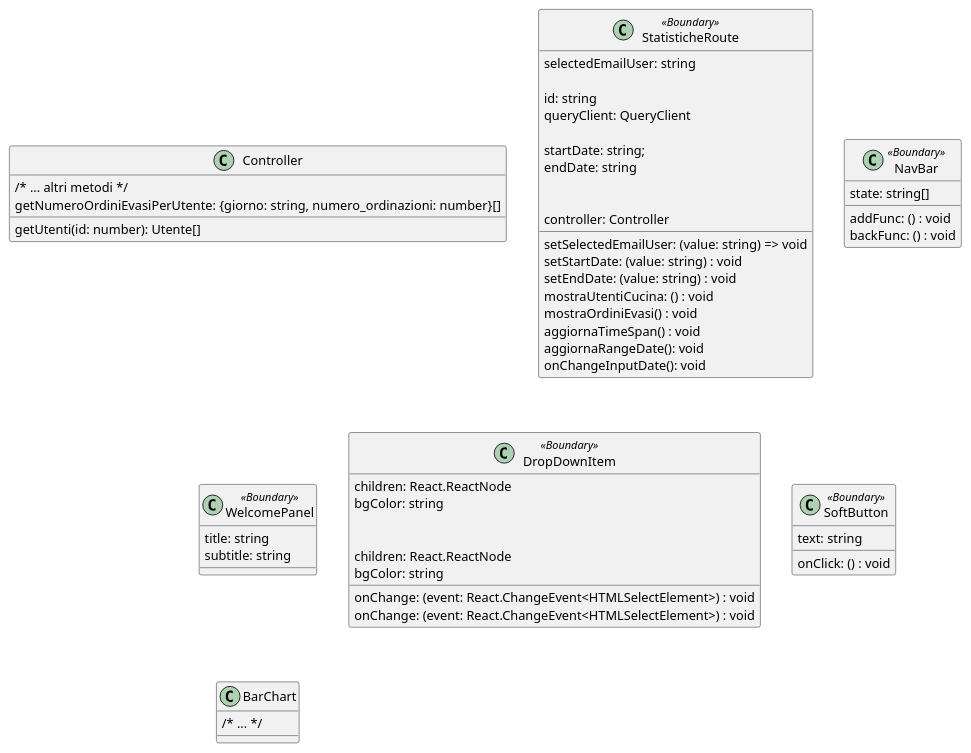
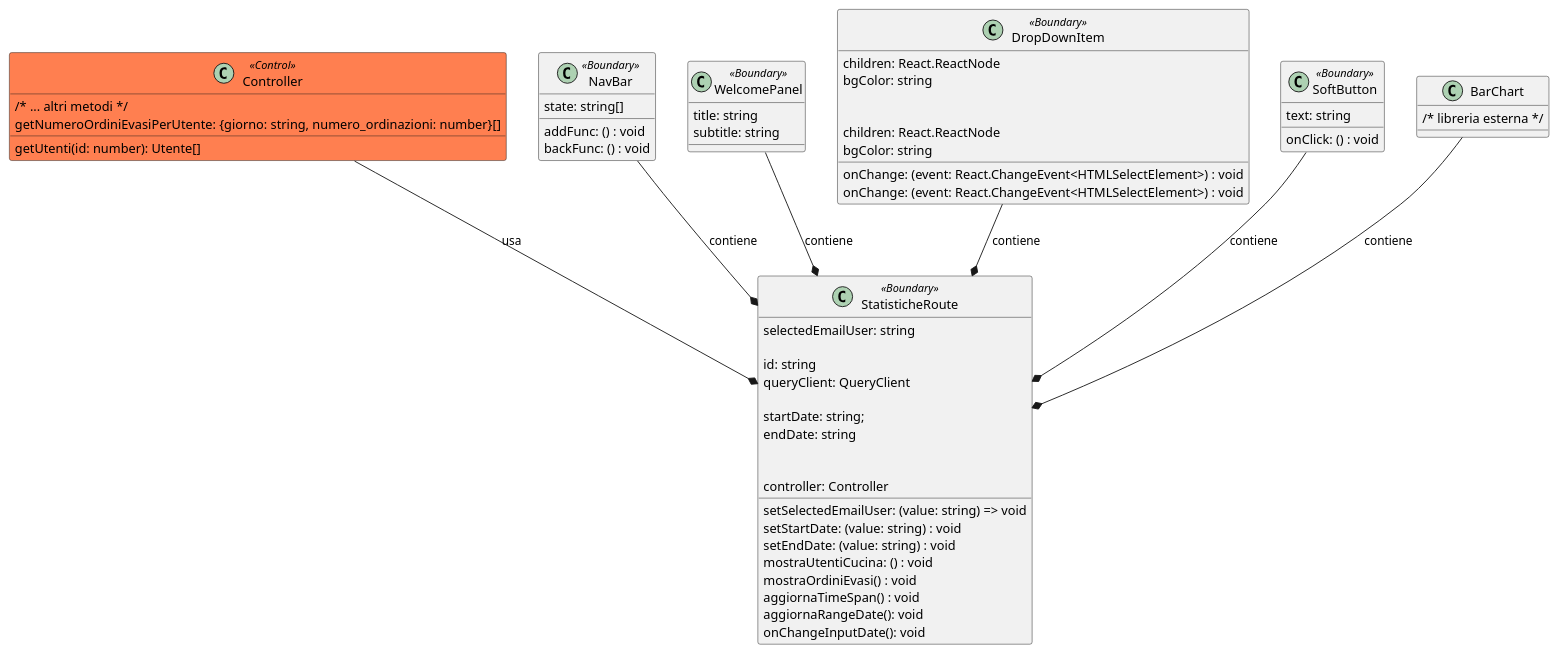
The diagram in diagrams/PUML/routes/Statistiche.puml (macro21KGB/Esame-INGSW-22-23), drawn with PlantUML before and after one commit. The commit also changed 5 other files, not shown here.

```diff
--- a/diagrams/PUML/routes/Statistiche.puml
+++ b/diagrams/PUML/routes/Statistiche.puml
@@ -1,76 +1,84 @@
 @startuml Statistiche
 
-class Controller {
+class Controller <<Control>> #coral {
     /* ... altri metodi */
     getUtenti(id: number): Utente[]
     getNumeroOrdiniEvasiPerUtente: {giorno: string, numero_ordinazioni: number}[]
 
 }
 
 class StatisticheRoute <<Boundary>> {
   selectedEmailUser: string
   setSelectedEmailUser: (value: string) => void
 
   id: string
   queryClient: QueryClient
 
   startDate: string;
   endDate: string
 
   setStartDate: (value: string) : void
   setEndDate: (value: string) : void
 
   controller: Controller
 
   mostraUtentiCucina: () : void
   mostraOrdiniEvasi() : void
   aggiornaTimeSpan() : void
   aggiornaRangeDate(): void
   onChangeInputDate(): void
 
 }
 
 class NavBar <<Boundary>> {
 
 	addFunc: () : void
 	backFunc: () : void
 	state: string[]
 }
 
 class WelcomePanel <<Boundary>> {
 
     title: string
     subtitle: string
 
 }
 
 class DropDownItem <<Boundary>> {
 
     children: React.ReactNode
     onChange: (event: React.ChangeEvent<HTMLSelectElement>) : void
     bgColor: string
 
 }
 
 class DropDownItem <<Boundary>> {
 
     children: React.ReactNode
     onChange: (event: React.ChangeEvent<HTMLSelectElement>) : void
     bgColor: string
 
 }
 
 
 class SoftButton <<Boundary>> {
 
     text: string
     onClick: () : void
 
 }
 
 class BarChart {
-  /* ... */
+  /* libreria esterna */
 }
 
 
+
+BarChart--* StatisticheRoute : contiene
+NavBar--* StatisticheRoute : contiene
+WelcomePanel--* StatisticheRoute : contiene
+
+SoftButton--* StatisticheRoute : contiene
+DropDownItem--* StatisticheRoute : contiene
+Controller--* StatisticheRoute : usa
 @enduml
```
